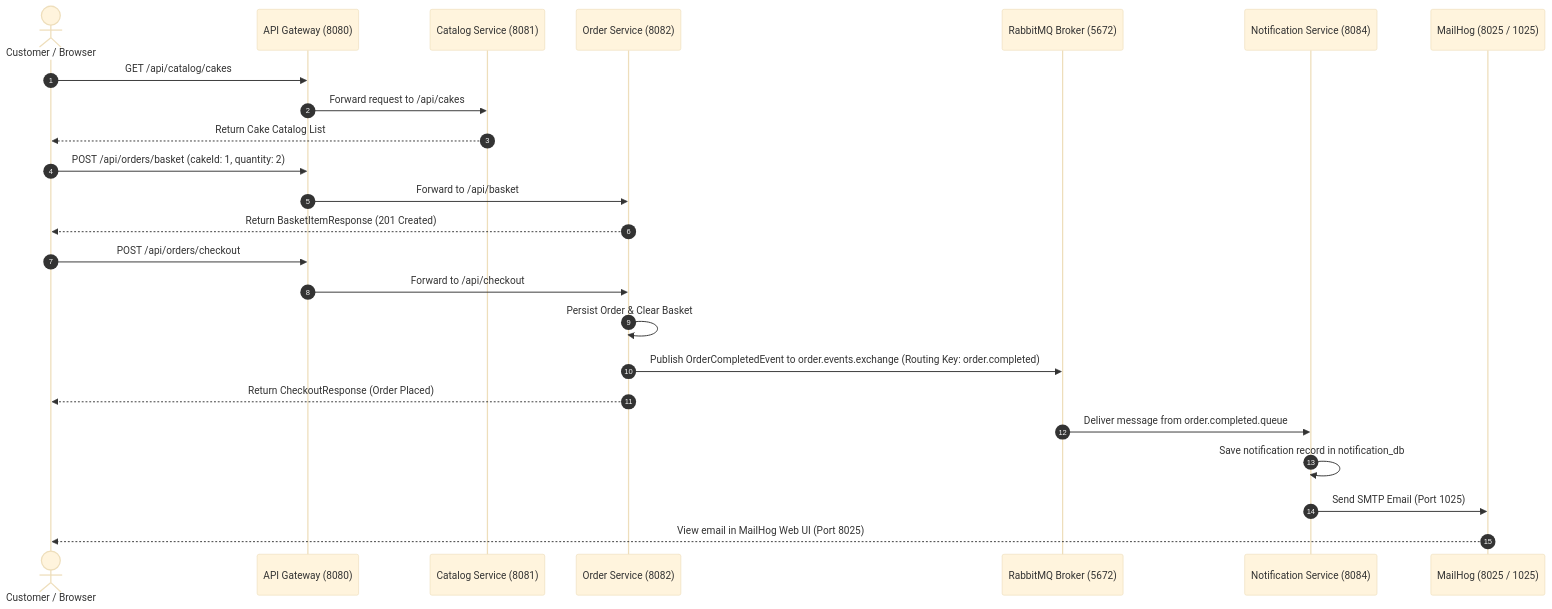
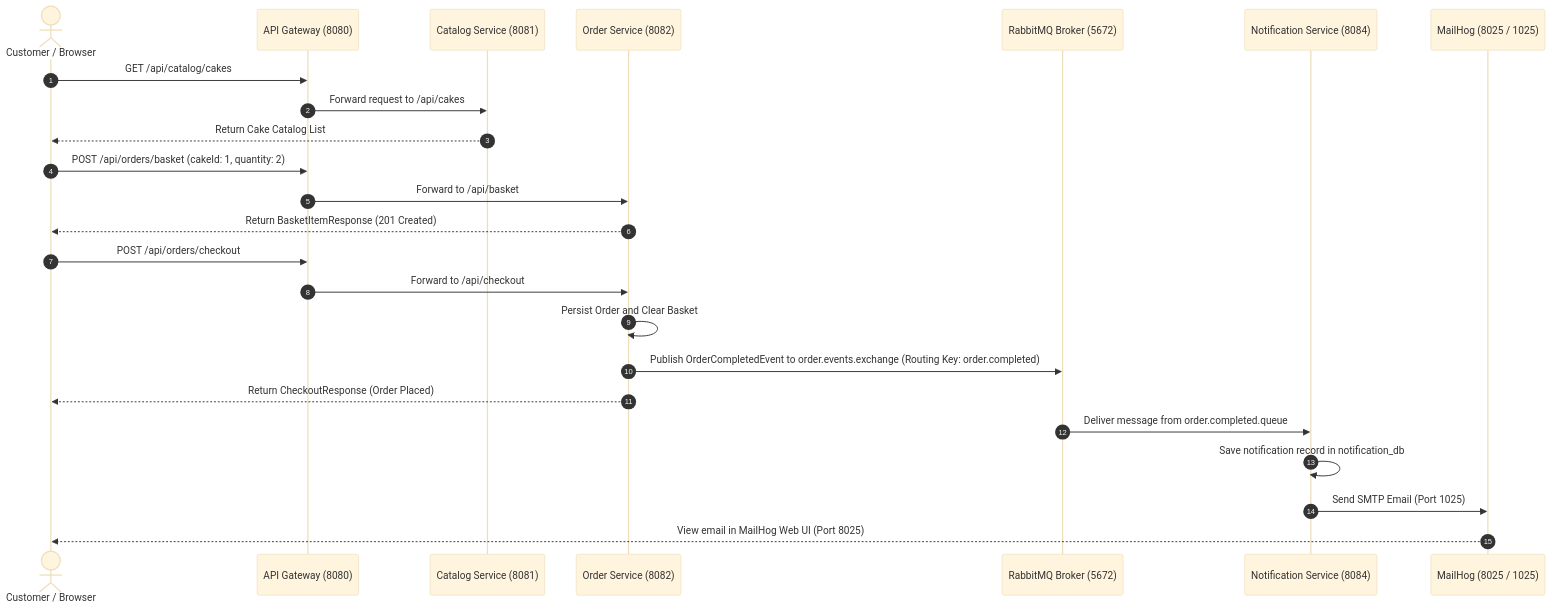
One commit to prathibha-15/Cake-Delight- changed the second of 3 diagrams in docs/architecture.md. Above: the diagram before and after it, drawn with Mermaid (base theme). The commit also changed other lines of this file, not shown here.

Commit message:
docs(architecture): make Mermaid diagrams 100% GitHub-compatible

````diff
--- a/docs/architecture.md
+++ b/docs/architecture.md
@@ -85,30 +85,30 @@
 ```mermaid
 sequenceDiagram
     autonumber
     actor Customer as Customer / Browser
     participant Gateway as API Gateway (8080)
     participant Catalog as Catalog Service (8081)
     participant Order as Order Service (8082)
     participant Rabbit as RabbitMQ Broker (5672)
     participant Notif as Notification Service (8084)
     participant Mail as MailHog (8025 / 1025)
 
     Customer->>Gateway: GET /api/catalog/cakes
     Gateway->>Catalog: Forward request to /api/cakes
     Catalog-->>Customer: Return Cake Catalog List
 
     Customer->>Gateway: POST /api/orders/basket (cakeId: 1, quantity: 2)
     Gateway->>Order: Forward to /api/basket
     Order-->>Customer: Return BasketItemResponse (201 Created)
 
     Customer->>Gateway: POST /api/orders/checkout
     Gateway->>Order: Forward to /api/checkout
-    Order->>Order: Persist Order & Clear Basket
+    Order->>Order: Persist Order and Clear Basket
     Order->>Rabbit: Publish OrderCompletedEvent to order.events.exchange (Routing Key: order.completed)
     Order-->>Customer: Return CheckoutResponse (Order Placed)
 
     Rabbit->>Notif: Deliver message from order.completed.queue
     Notif->>Notif: Save notification record in notification_db
     Notif->>Mail: Send SMTP Email (Port 1025)
     Mail-->>Customer: View email in MailHog Web UI (Port 8025)
 ```
````
